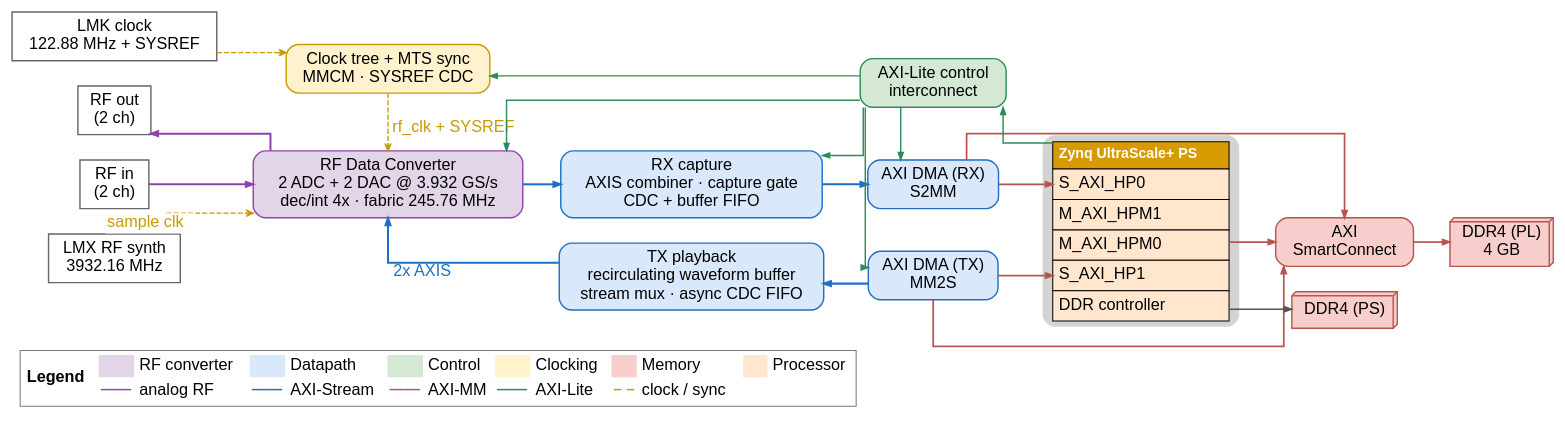
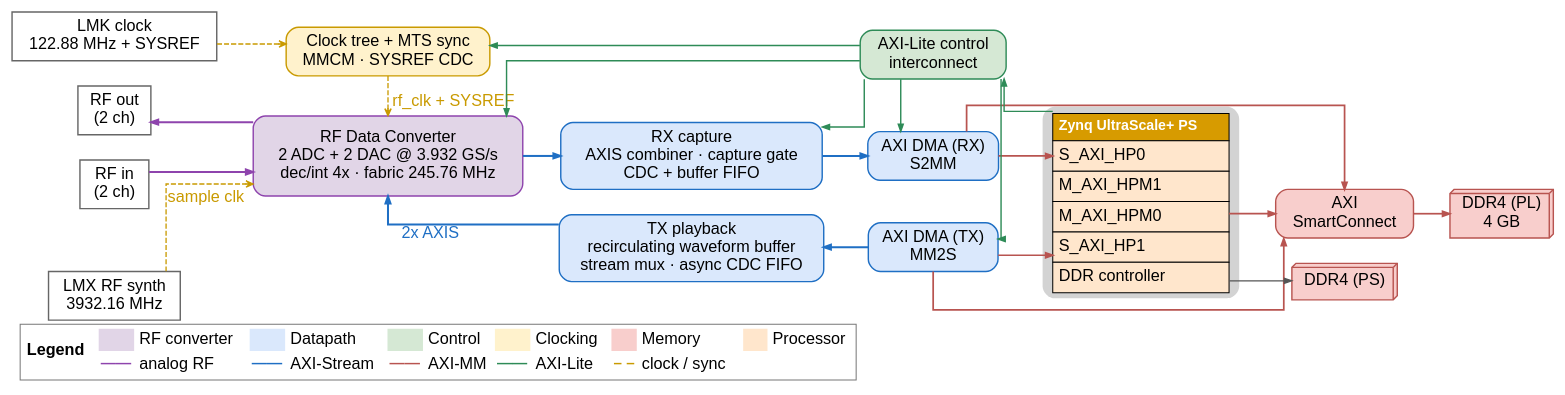
One commit to ali-rasteh/rfsoc-sdr changed the diagram in vivado/sounder_bbf_sivers_ddr4_2x2/arch_diagrams/8_paper_system_architecture.dot. Above: the diagram before and after it, drawn with Graphviz.

Commit message:
improved the diagrams

```diff
--- a/vivado/sounder_bbf_sivers_ddr4_2x2/arch_diagrams/8_paper_system_architecture.dot
+++ b/vivado/sounder_bbf_sivers_ddr4_2x2/arch_diagrams/8_paper_system_architecture.dot
@@ -1,97 +1,109 @@
 digraph "paper_system_architecture" {
   /* The legend is the GRAPH LABEL, not a node: a node would join the leftmost rank column
      and its width would add to the figure width (a 2-row legend as a node pushed the figure
      to 1922pt, shrinking node text to 4.1pt in print). As the graph label it sits in its own
      band under the drawing, so a wide legend costs no width at all. */
   graph [rankdir=LR, splines=ortho, nodesep=0.35, ranksep=0.5, fontname="Helvetica",
          bgcolor="white", forcelabels=true, pack=false,
          labelloc="b", labeljust="l",
          label=<<table border="1" color="#777777" cellborder="0" cellspacing="3" cellpadding="2" bgcolor="white">
     <tr><td rowspan="2" align="center"><font point-size="16"><b>Legend</b></font></td><td bgcolor="#E1D5E7" width="24"><font point-size="4"> </font></td><td align="left"><font point-size="16">RF converter</font></td><td bgcolor="#DAE8FC" width="24"><font point-size="4"> </font></td><td align="left"><font point-size="16">Datapath</font></td><td bgcolor="#D5E8D4" width="24"><font point-size="4"> </font></td><td align="left"><font point-size="16">Control</font></td><td bgcolor="#FFF2CC" width="24"><font point-size="4"> </font></td><td align="left"><font point-size="16">Clocking</font></td><td bgcolor="#F8CECC" width="24"><font point-size="4"> </font></td><td align="left"><font point-size="16">Memory</font></td><td bgcolor="#FFE6CC" width="24"><font point-size="4"> </font></td><td align="left"><font point-size="16">Processor</font></td></tr>
     <tr><td align="right"><font color="#8E44AD" point-size="15"><b>&#8213;&#8213;</b></font></td><td align="left"><font point-size="16">analog RF</font></td><td align="right"><font color="#1F6FC4" point-size="15"><b>&#8213;&#8213;</b></font></td><td align="left"><font point-size="16">AXI-Stream</font></td><td align="right"><font color="#B85450" point-size="15"><b>&#8213;&#8213;</b></font></td><td align="left"><font point-size="16">AXI-MM</font></td><td align="right"><font color="#2E8B57" point-size="15"><b>&#8213;&#8213;</b></font></td><td align="left"><font point-size="16">AXI-Lite</font></td><td align="right"><font color="#C99A00" point-size="15"><b>&#8211; &#8211;</b></font></td><td align="left"><font point-size="16">clock / sync</font></td><td> </td><td> </td></tr>
   </table>>];
   node  [fontname="Helvetica", fontsize=16, shape=box, style="filled,rounded",
          penwidth=1.4, margin="0.14,0.09"];
   edge  [fontname="Helvetica", fontsize=16, penwidth=1.4, arrowsize=0.7];
 
   /* ---------- nodes (declared top-to-bottom per column) ---------- */
   /* external ports: plain square-cornered white boxes (distinct from the rounded fabric blocks) */
   "rf_in"   [label="RF in\n(2 ch)",  shape=box,      fillcolor="#FFFFFF", color="#666666", style="filled", fontsize=16];
   "rf_out"  [label="RF out\n(2 ch)", shape=box,      fillcolor="#FFFFFF", color="#666666", style="filled", fontsize=16];
   "clk_lmx" [label="LMX RF synth\n3932.16 MHz",      shape=box, fillcolor="#FFFFFF", color="#666666", style="filled", fontsize=16];
   "clk_lmk" [label="LMK clock\n122.88 MHz + SYSREF", shape=box, fillcolor="#FFFFFF", color="#666666", style="filled", fontsize=16];
 
-  "rfdc" [label="RF Data Converter\n2 ADC + 2 DAC @ 3.932 GS/s\ndec/int 4x · fabric 245.76 MHz",
+  /* height=1.1 (taller than the 3 text lines need) so the west face reaches both rf_in and
+     rf_out: with a shorter box the rfdc -> rf_out edge cannot leave at rf_out's height and
+     the ortho router bends it up and clips it onto rf_out's bottom-right corner */
+  "rfdc" [height=1.1,
+          label="RF Data Converter\n2 ADC + 2 DAC @ 3.932 GS/s\ndec/int 4x · fabric 245.76 MHz",
           fillcolor="#E1D5E7", color="#8E44AD"];
   "clktree" [label="Clock tree + MTS sync\nMMCM · SYSREF CDC", fillcolor="#FFF2CC", color="#C99A00"];
 
   "rx_cap" [label="RX capture\nAXIS combiner · capture gate\nCDC + buffer FIFO", fillcolor="#DAE8FC", color="#1F6FC4"];
   "tx_pb"  [label="TX playback\nrecirculating waveform buffer\nstream mux · async CDC FIFO", fillcolor="#DAE8FC", color="#1F6FC4"];
 
   "dma_rx" [label="AXI DMA (RX)\nS2MM", fillcolor="#DAE8FC", color="#1F6FC4"];
   "ctrl"   [label="AXI-Lite control\ninterconnect", fillcolor="#D5E8D4", color="#2E8B57"];
   "dma_tx" [label="AXI DMA (TX)\nMM2S", fillcolor="#DAE8FC", color="#1F6FC4"];
 
   "ps" [shape=plaintext, label=<<table border="0" cellborder="1" cellspacing="0" cellpadding="5" bgcolor="white">
     <tr><td bgcolor="#D79B00"><font color="white" point-size="14"><b>Zynq UltraScale+ PS</b></font></td></tr>
     <tr><td port="hp0"  align="left" bgcolor="#FFE6CC"><font point-size="16">S_AXI_HP0</font></td></tr>
     <tr><td port="hpm1" align="left" bgcolor="#FFE6CC"><font point-size="16">M_AXI_HPM1</font></td></tr>
     <tr><td port="hpm0" align="left" bgcolor="#FFE6CC"><font point-size="16">M_AXI_HPM0</font></td></tr>
     <tr><td port="hp1"  align="left" bgcolor="#FFE6CC"><font point-size="16">S_AXI_HP1</font></td></tr>
     <tr><td port="ddrc" align="left" bgcolor="#FFE6CC"><font point-size="16">DDR controller</font></td></tr>
   </table>>];
 
   "sc"     [label="AXI\nSmartConnect", fillcolor="#F8CECC", color="#B85450"];
   "ddr4ps" [label="DDR4 (PS)", shape=box3d, style="filled", fillcolor="#F8CECC", color="#B85450"];
   "ddr4pl" [label="DDR4 (PL)\n4 GB", shape=box3d, style="filled", fillcolor="#F8CECC", color="#B85450"];
 
   /* ---------- rank columns ---------- */
-  { rank=same; "rf_in"; "rf_out"; "clk_lmx"; "clk_lmk"; }
+  { rank=same; "rf_in"; "rf_out"; "clk_lmx"; "clk_lmk"; "clkgap"; }
   "clk_lmk" -> "rf_out" [style=invis];
   "rf_out" -> "rf_in"   [style=invis];
-  "rf_in" -> "clk_lmx"  [style=invis];
+  /* small spacer under rf_in: it opens the pocket that the "sample clk" xlabel drops into,
+     otherwise the label placer parks the text on the clk_lmx box and its own riser */
+  "clkgap" [shape=box, style=invis, label="", width=0.02, height=0.15, fixedsize=true];
+  "rf_in" -> "clkgap"   [style=invis];
+  "clkgap" -> "clk_lmx" [style=invis];
+  /* rfdc sits at the median of its constrained neighbours; without this it locks onto rf_in
+     alone and its west face never rises to rf_out. Invisible, so it only moves rfdc. */
+  "rf_out" -> "rfdc" [style=invis, weight=8];
   { rank=same; "rfdc"; "clktree"; }
   { rank=same; "rx_cap"; "tx_pb"; }
   /* nudge ctrl clear of dma_rx: without the extra separation the PS -> ctrl arrow has no
      room for a riser and its arrowhead lands on top of its own horizontal approach */
   { rank=same; "ctrl"; "ctrlgap"; "dma_rx"; "dma_tx"; }
   "ctrlgap" [shape=box, style=invis, label="", width=0.02, height=0.02, fixedsize=true];
   "ctrl" -> "ctrlgap"   [style=invis];
   "ctrlgap" -> "dma_rx" [style=invis];
   { rank=same; "sc"; "ddr4ps"; }
 
   /* ---------- analog RF ---------- */
   "rf_in" -> "rfdc" [color="#8E44AD", style=solid, penwidth=2.0, weight=8];
   "rfdc" -> "rf_out" [color="#8E44AD", style=solid, penwidth=2.0, constraint=false, weight=8];
 
   /* ---------- AXI-Stream data ---------- */
   "rfdc" -> "rx_cap" [color="#1F6FC4", style=solid, penwidth=2.0, xlabel="", fontcolor="#1F6FC4"];
   "rx_cap" -> "dma_rx" [color="#1F6FC4", style=solid, penwidth=2.0];
   "dma_tx" -> "tx_pb" [color="#1F6FC4", style=solid, penwidth=2.0, constraint=false];
   "tx_pb" -> "rfdc" [color="#1F6FC4", style=solid, penwidth=2.0, xlabel="2x AXIS", fontcolor="#1F6FC4", constraint=false];
 
   /* ---------- AXI-MM memory ---------- */
   "dma_rx" -> "ps":"hp0":w [color="#B85450", style=solid, penwidth=1.7];
   "dma_tx" -> "ps":"hp1":w [color="#B85450", style=solid, penwidth=1.7];
   "dma_rx" -> "sc" [color="#B85450", style=solid, penwidth=1.7];
   "dma_tx" -> "sc" [color="#B85450", style=solid, penwidth=1.7];
   "ps":"hpm0":e -> "sc" [color="#B85450", style=solid, penwidth=1.7];
   "sc" -> "ddr4pl" [color="#B85450", style=solid, penwidth=1.7];
   "ps":"ddrc":e -> "ddr4ps" [color="#555555", style=solid, penwidth=1.4];
 
   /* ---------- AXI-Lite control ---------- */
   "ps":"hpm1":w -> "ctrl" [color="#2E8B57", style=solid, penwidth=1.4, constraint=false];
   "ctrl" -> "rfdc"    [color="#2E8B57", style=solid, penwidth=1.4, constraint=false];
   "ctrl" -> "rx_cap"  [color="#2E8B57", style=solid, penwidth=1.4, constraint=false];
   "ctrl" -> "dma_rx"  [color="#2E8B57", style=solid, penwidth=1.4];
   "ctrl" -> "dma_tx"  [color="#2E8B57", style=solid, penwidth=1.4];
   "ctrl" -> "clktree" [color="#2E8B57", style=solid, penwidth=1.4, constraint=false];
 
   /* ---------- clocking ---------- */
   "clk_lmk" -> "clktree" [color="#C99A00", style=dashed, penwidth=1.3, arrowhead=vee];
   /* leading newline keeps this label off the analog RF run into rf_out */
   "clktree" -> "rfdc" [color="#C99A00", style=dashed, penwidth=1.3, arrowhead=vee, xlabel="\nrf_clk + SYSREF", fontcolor="#C99A00"];
-  /* this label lands on its own vertical stub: opaque box breaks the line behind the text */
+  /* the label now lands in the free pocket right of its own riser (see "clkgap"), so the table
+     stays transparent: an opaque box here would punch a hole in the riser and the clk_lmx border */
   "clk_lmx" -> "rfdc" [color="#C99A00", style=dashed, penwidth=1.3, arrowhead=vee,
-                       xlabel=<<table border="0" cellborder="0" cellspacing="0" cellpadding="1" bgcolor="white"><tr><td><font color="#C99A00" point-size="16">sample clk</font></td></tr></table>>];
+                       xlabel=<<table border="0" cellborder="0" cellspacing="0" cellpadding="1"><tr><td><font color="#C99A00" point-size="16">sample clk</font></td></tr></table>>];
 }
```
